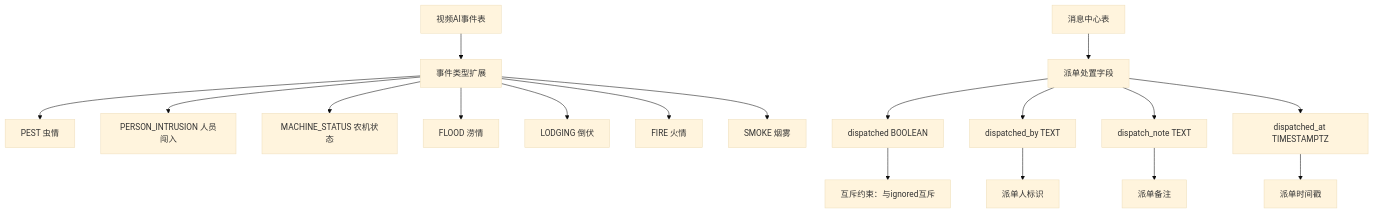
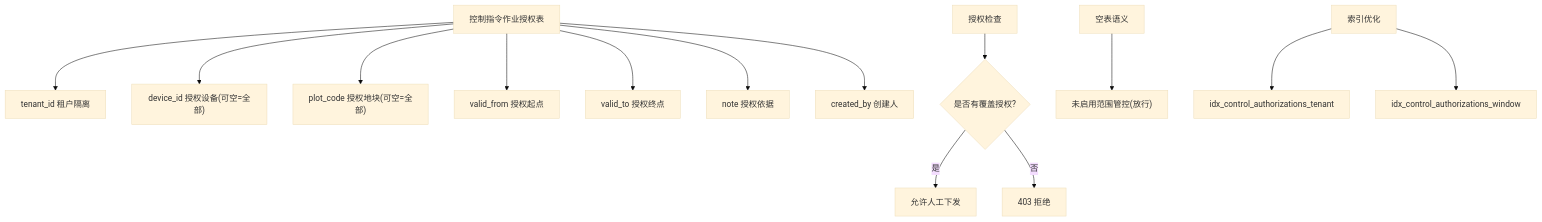
Before and after one commit to q446328246/agri-platform: the sixth of 31 diagrams in .qoder/repowiki/zh/content/数据库设计/数据库设计.md, drawn with Mermaid (base theme). The commit also changed other lines of this file and 46 other files, not shown here.

````diff
--- a/.qoder/repowiki/zh/content/数据库设计/数据库设计.md
+++ b/.qoder/repowiki/zh/content/数据库设计/数据库设计.md
@@ -1125,20 +1200,16 @@
 ```mermaid
 flowchart TD
-A["视频AI事件表"] --> B["事件类型扩展"]
-B --> C["PEST 虫情"]
-B --> D["PERSON_INTRUSION 人员闯入"]
-B --> E["MACHINE_STATUS 农机状态"]
-B --> F["FLOOD 涝情"]
-B --> G["LODGING 倒伏"]
-B --> H["FIRE 火情"]
-B --> I["SMOKE 烟雾"]
-J["消息中心表"] --> K["派单处置字段"]
-K --> L["dispatched BOOLEAN"]
-K --> M["dispatched_by TEXT"]
-K --> N["dispatch_note TEXT"]
-K --> O["dispatched_at TIMESTAMPTZ"]
-L --> P["互斥约束：与ignored互斥"]
-M --> Q["派单人标识"]
-N --> R["派单备注"]
-O --> S["派单时间戳"]
+A["控制指令作业授权表"] --> B["tenant_id 租户隔离"]
+A --> C["device_id 授权设备(可空=全部)"]
+A --> D["plot_code 授权地块(可空=全部)"]
+A --> E["valid_from 授权起点"]
+A --> F["valid_to 授权终点"]
+A --> G["note 授权依据"]
+A --> H["created_by 创建人"]
+I["授权检查"] --> J{"是否有覆盖授权?"}
+J --> |是| K["允许人工下发"]
+J --> |否| L["403 拒绝"]
+M["空表语义"] --> N["未启用范围管控(放行)"]
+O["索引优化"] --> P["idx_control_authorizations_tenant"]
+O --> Q["idx_control_authorizations_window"]
 ```
````
